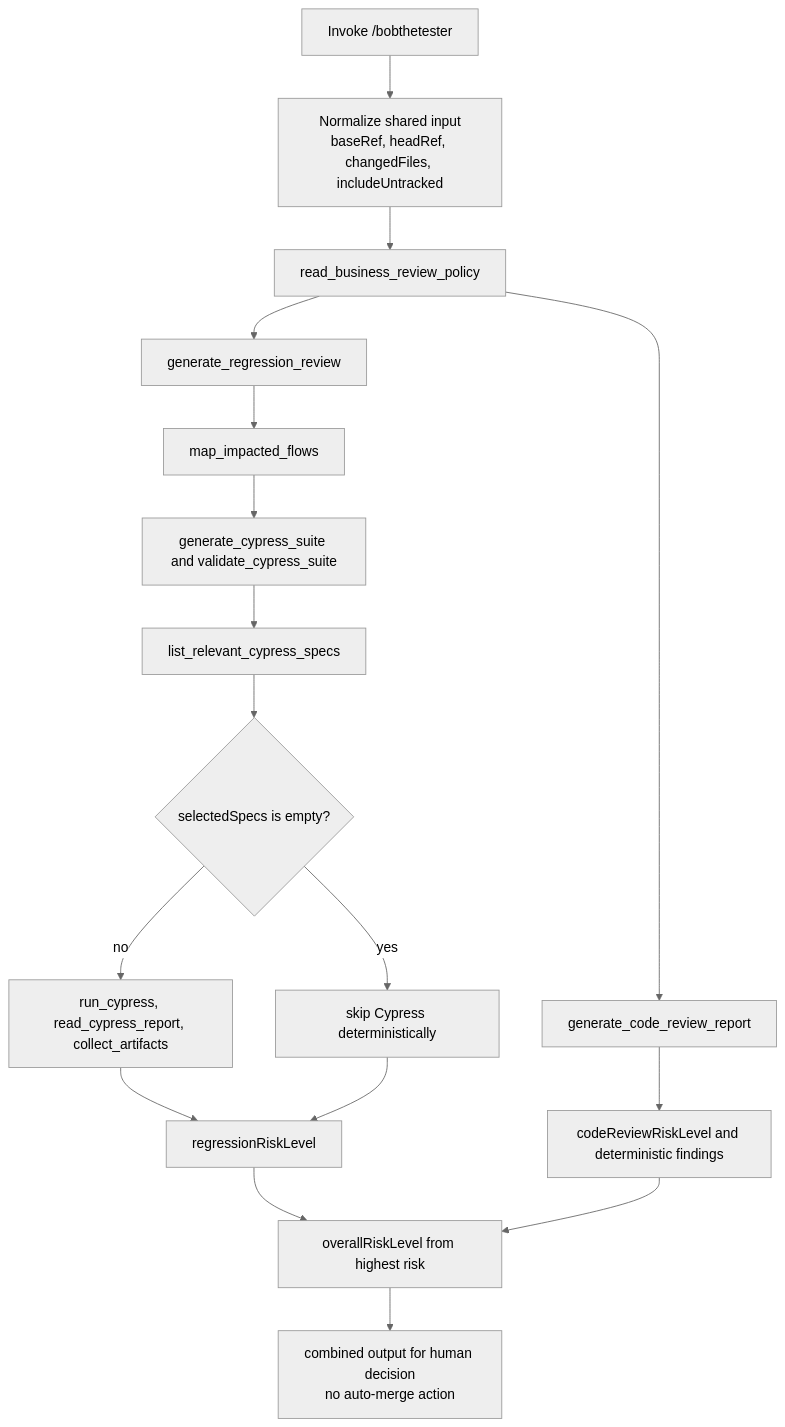
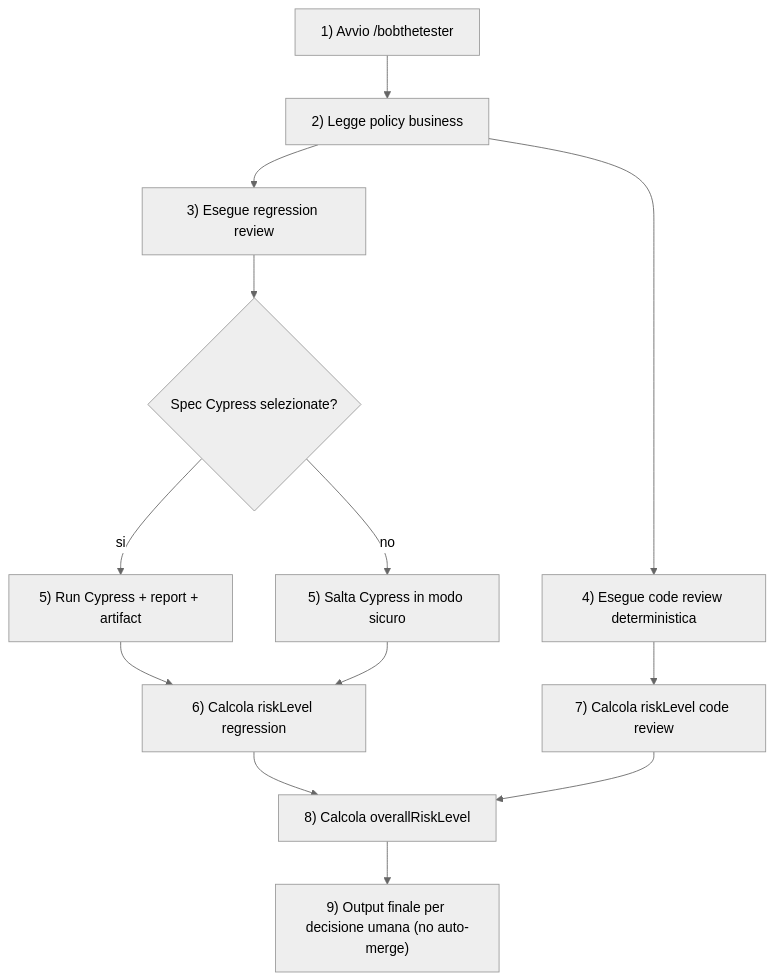
The diagram in README.md (AlbertoSardo/BobTheTester), drawn with Mermaid (neutral theme) before and after one commit. The commit also changed other lines of this file and 1 other file, not shown here.

Commit message:
docs: simplify README workflow diagram and explanations

````diff
--- a/README.md
+++ b/README.md
@@ -97,21 +97,17 @@
 ```mermaid
 flowchart TD
-  A["Invoke /bobthetester"] --> B["Normalize shared input<br/>baseRef, headRef, changedFiles, includeUntracked"]
-  B --> C["read_business_review_policy"]
-  C --> D["generate_regression_review"]
-  C --> E["generate_code_review_report"]
+  A["1) Avvio /bobthetester"] --> B["2) Legge policy business"]
+  B --> C["3) Esegue regression review"]
+  B --> D["4) Esegue code review deterministica"]
 
-  D --> D1["map_impacted_flows"]
-  D1 --> D2["generate_cypress_suite and validate_cypress_suite"]
-  D2 --> D3["list_relevant_cypress_specs"]
-  D3 --> D4{"selectedSpecs is empty?"}
-  D4 -- "no" --> D5["run_cypress, read_cypress_report, collect_artifacts"]
-  D4 -- "yes" --> D6["skip Cypress deterministically"]
-  D5 --> F["regressionRiskLevel"]
-  D6 --> F
+  C --> E{"Spec Cypress selezionate?"}
+  E -- "si" --> F["5) Run Cypress + report + artifact"]
+  E -- "no" --> G["5) Salta Cypress in modo sicuro"]
+  F --> H["6) Calcola riskLevel regression"]
+  G --> H
 
-  E --> G["codeReviewRiskLevel and deterministic findings"]
-  F --> H["overallRiskLevel from highest risk"]
-  G --> H
-  H --> I["combined output for human decision<br/>no auto-merge action"]
+  D --> I["7) Calcola riskLevel code review"]
+  H --> J["8) Calcola overallRiskLevel"]
+  I --> J
+  J --> K["9) Output finale per decisione umana (no auto-merge)"]
 ```
````
